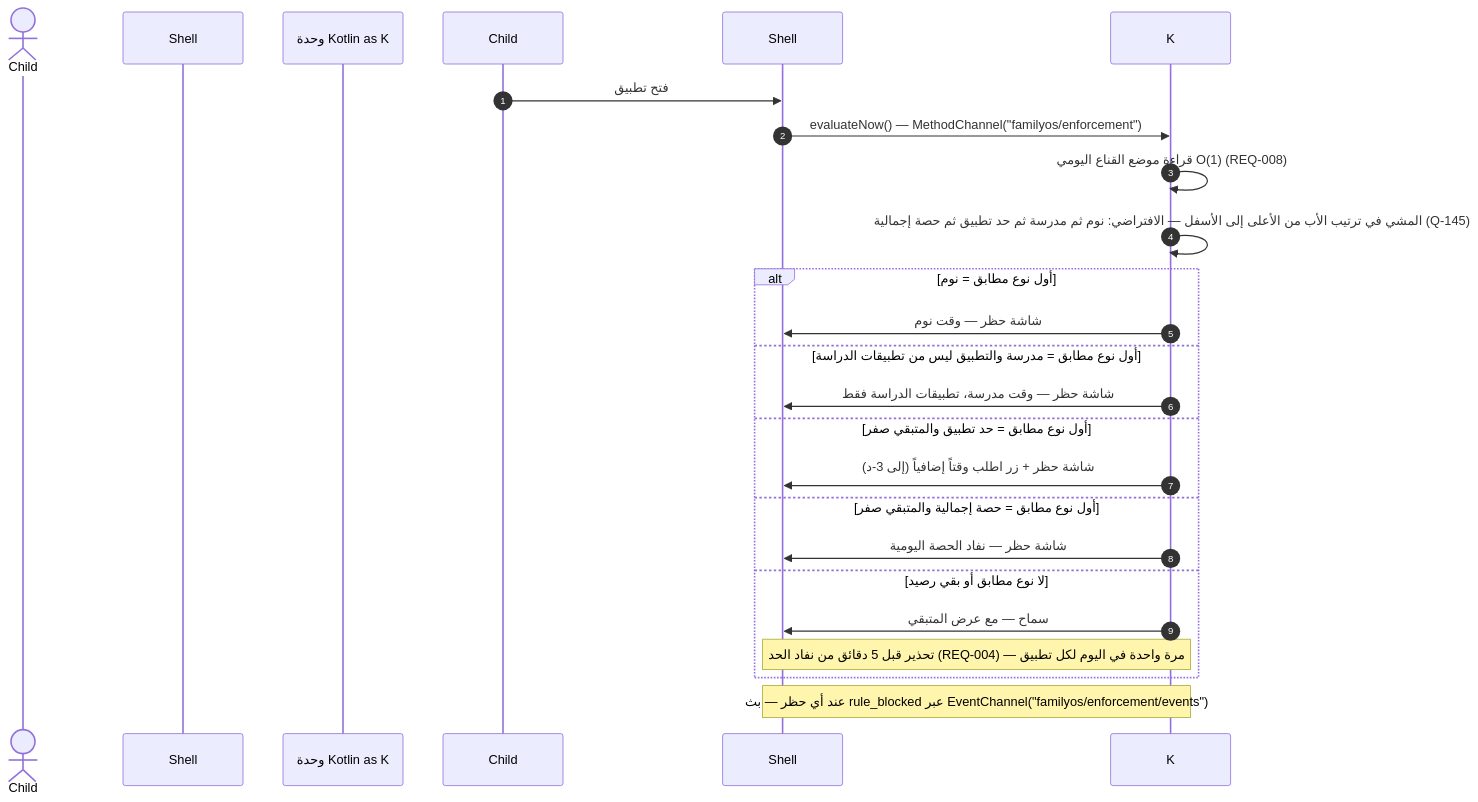
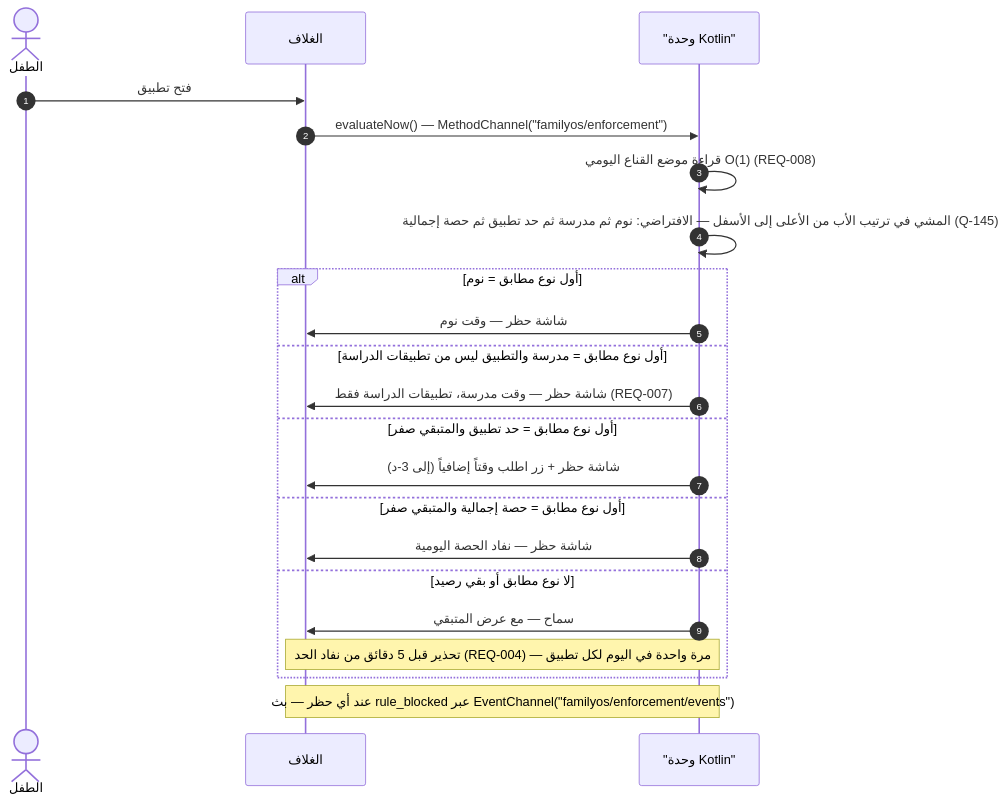
Before and after one commit to Bassam-mohammed-alqaeadi/family-os-v2: the fifth of 14 diagrams in docs/family-os/governance/phases/phase-1/S1-10-protection-and-enforcement/DIAGRAMS.md, drawn with Mermaid. The commit also changed other lines of this file and 10 other files, not shown here.

Commit message:
إغلاق المراجعة الشاملة R1–R5 (Q-196…Q-231) — المخططات DIAGRAMS + خريطة السياق (2/4)

````diff
--- a/docs/family-os/governance/phases/phase-1/S1-10-protection-and-enforcement/DIAGRAMS.md
+++ b/docs/family-os/governance/phases/phase-1/S1-10-protection-and-enforcement/DIAGRAMS.md
@@ -256,24 +260,24 @@
 ```mermaid
 sequenceDiagram
     autonumber
-    actor الطفل as Child
-    participant الغلاف as Shell
-    participant وحدة Kotlin as K
+    actor Child as الطفل
+    participant Shell as الغلاف
+    participant K as "وحدة Kotlin"
     Child->>Shell: فتح تطبيق
     Shell->>K: evaluateNow() — MethodChannel("familyos/enforcement")
     K->>K: قراءة موضع القناع اليومي O(1) (REQ-008)
     K->>K: المشي في ترتيب الأب من الأعلى إلى الأسفل — الافتراضي: نوم ثم مدرسة ثم حد تطبيق ثم حصة إجمالية (Q-145)
     alt أول نوع مطابق = نوم
         K->>Shell: شاشة حظر — وقت نوم
     else أول نوع مطابق = مدرسة والتطبيق ليس من تطبيقات الدراسة
-        K->>Shell: شاشة حظر — وقت مدرسة، تطبيقات الدراسة فقط
+        K->>Shell: شاشة حظر — وقت مدرسة، تطبيقات الدراسة فقط (REQ-007)
     else أول نوع مطابق = حد تطبيق والمتبقي صفر
         K->>Shell: شاشة حظر + زر اطلب وقتاً إضافياً (إلى 3-د)
     else أول نوع مطابق = حصة إجمالية والمتبقي صفر
         K->>Shell: شاشة حظر — نفاد الحصة اليومية
     else لا نوع مطابق أو بقي رصيد
         K->>Shell: سماح — مع عرض المتبقي
         Note over K,Shell: تحذير قبل 5 دقائق من نفاد الحد (REQ-004) — مرة واحدة في اليوم لكل تطبيق
     end
     Note over K,Shell: عند أي حظر — بث rule_blocked عبر EventChannel("familyos/enforcement/events")
 ```
````
